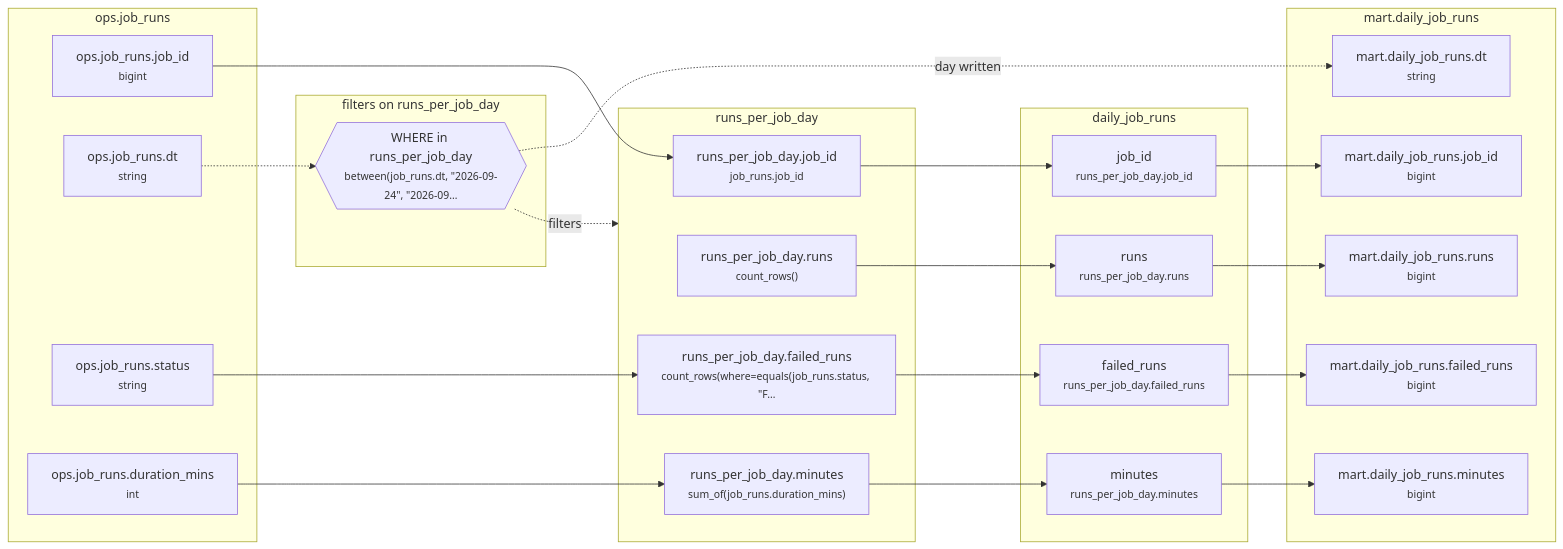
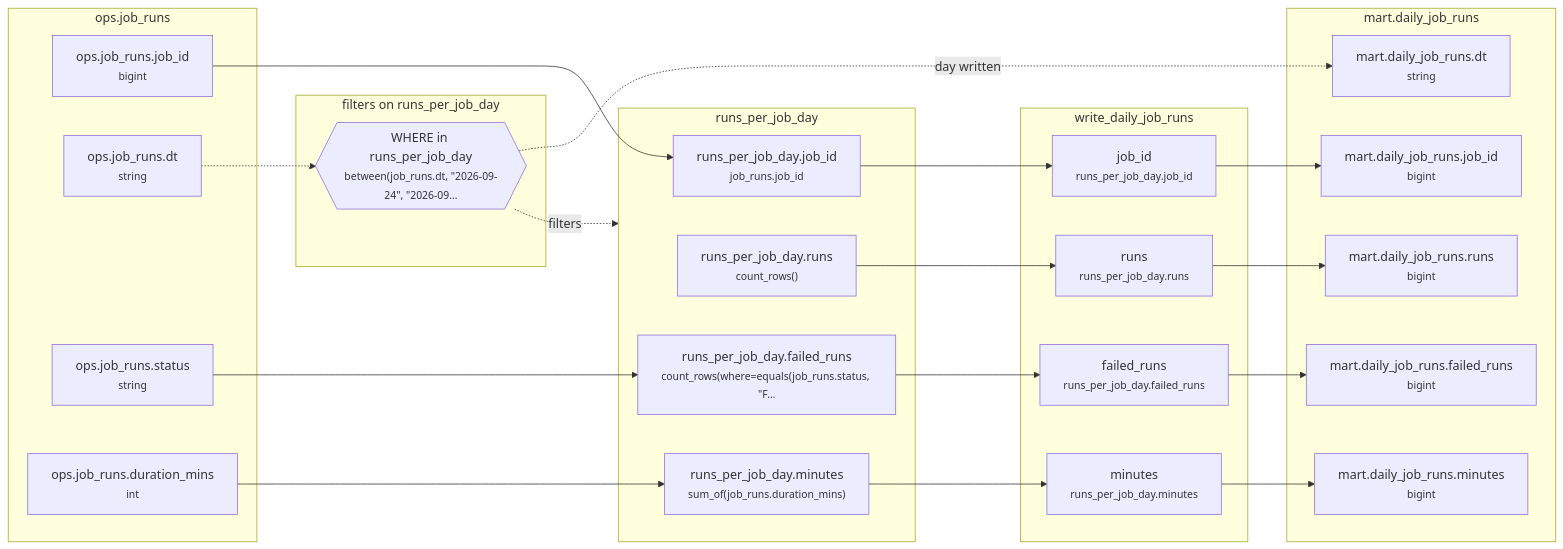
The diagram in example_projects/starter/lineage/example_1_daily_job_runs.md (EdgyPage/SQL-Composer), drawn with Mermaid before and after one commit. The commit also changed other lines of this file and 23 other files, not shown here.

````diff
--- a/example_projects/starter/lineage/example_1_daily_job_runs.md
+++ b/example_projects/starter/lineage/example_1_daily_job_runs.md
@@ -7,45 +7,45 @@
 ```mermaid
 flowchart LR
   subgraph g0["ops.job_runs"]
     n0["ops.job_runs.job_id<br/><small>bigint</small>"]
     n2["ops.job_runs.dt<br/><small>string</small>"]
     n4["ops.job_runs.status<br/><small>string</small>"]
     n6["ops.job_runs.duration_mins<br/><small>int</small>"]
   end
   subgraph g1["runs_per_job_day"]
     n1["runs_per_job_day.job_id<br/><small>job_runs.job_id</small>"]
     n3["runs_per_job_day.runs<br/><small>count_rows()</small>"]
     n5["runs_per_job_day.failed_runs<br/><small>count_rows(where=equals(job_runs.status, #quot;F…</small>"]
     n7["runs_per_job_day.minutes<br/><small>sum_of(job_runs.duration_mins)</small>"]
   end
   subgraph g2["filters on runs_per_job_day"]
     n8{{"WHERE in runs_per_job_day<br/><small>between(job_runs.dt, #quot;2026-09-24#quot;, #quot;2026-09…</small>"}}
   end
-  subgraph g3["daily_job_runs"]
+  subgraph g3["write_daily_job_runs"]
     n9["job_id<br/><small>runs_per_job_day.job_id</small>"]
     n10["runs<br/><small>runs_per_job_day.runs</small>"]
     n11["failed_runs<br/><small>runs_per_job_day.failed_runs</small>"]
     n12["minutes<br/><small>runs_per_job_day.minutes</small>"]
   end
   subgraph g4["mart.daily_job_runs"]
     n13["mart.daily_job_runs.job_id<br/><small>bigint</small>"]
     n14["mart.daily_job_runs.runs<br/><small>bigint</small>"]
     n15["mart.daily_job_runs.failed_runs<br/><small>bigint</small>"]
     n16["mart.daily_job_runs.minutes<br/><small>bigint</small>"]
     n17["mart.daily_job_runs.dt<br/><small>string</small>"]
   end
   n0 --> n1
   n4 --> n5
   n6 --> n7
   n2 -.-> n8
   n1 --> n9
   n3 --> n10
   n5 --> n11
   n7 --> n12
   n9 --> n13
   n10 --> n14
   n11 --> n15
   n12 --> n16
   n8 -.->|day written| n17
   n8 -.->|filters| g1
 ```
````
